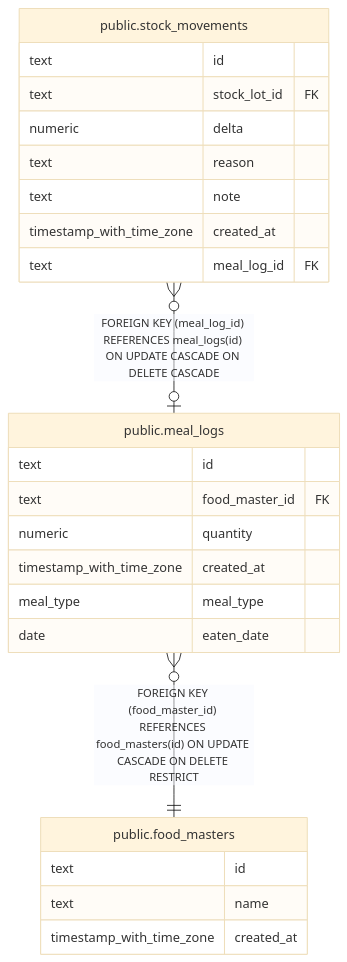
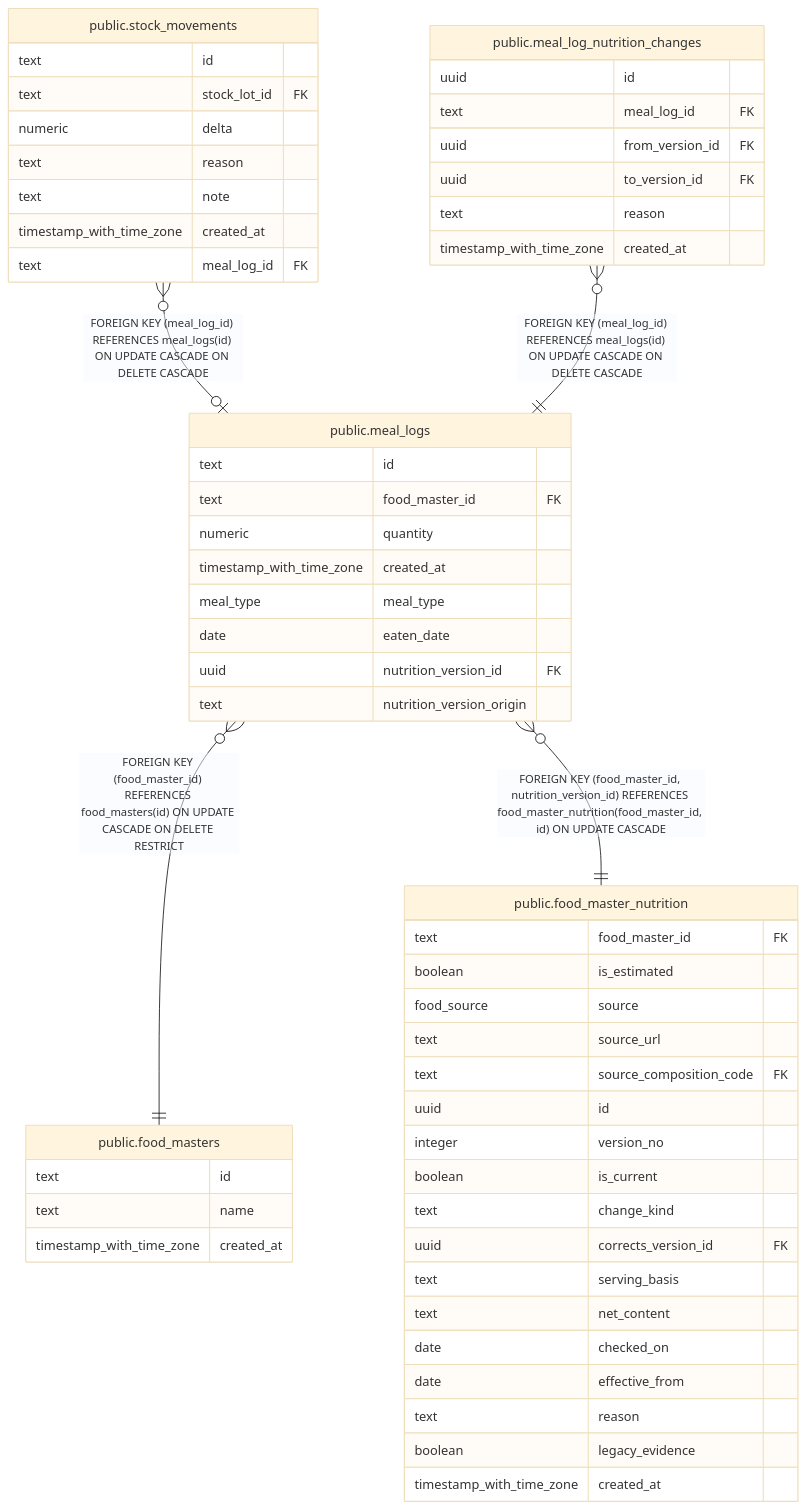
The diagram in server/docs/db/public.meal_logs.md (fohte/meshi), drawn with Mermaid (base theme) before and after one commit. The commit also changed other lines of this file and 51 other files, not shown here.

````diff
--- a/server/docs/db/public.meal_logs.md
+++ b/server/docs/db/public.meal_logs.md
@@ -42,29 +48,60 @@
 ```mermaid
 erDiagram
 
 "public.stock_movements" }o--o| "public.meal_logs" : "FOREIGN KEY (meal_log_id) REFERENCES meal_logs(id) ON UPDATE CASCADE ON DELETE CASCADE"
+"public.meal_log_nutrition_changes" }o--|| "public.meal_logs" : "FOREIGN KEY (meal_log_id) REFERENCES meal_logs(id) ON UPDATE CASCADE ON DELETE CASCADE"
 "public.meal_logs" }o--|| "public.food_masters" : "FOREIGN KEY (food_master_id) REFERENCES food_masters(id) ON UPDATE CASCADE ON DELETE RESTRICT"
+"public.meal_logs" }o--|| "public.food_master_nutrition" : "FOREIGN KEY (food_master_id, nutrition_version_id) REFERENCES food_master_nutrition(food_master_id, id) ON UPDATE CASCADE"
 
 "public.meal_logs" {
   text id
   text food_master_id FK
   numeric quantity
   timestamp_with_time_zone created_at
   meal_type meal_type
   date eaten_date
+  uuid nutrition_version_id FK
+  text nutrition_version_origin
 }
 "public.stock_movements" {
   text id
   text stock_lot_id FK
   numeric delta
   text reason
   text note
   timestamp_with_time_zone created_at
   text meal_log_id FK
 }
+"public.meal_log_nutrition_changes" {
+  uuid id
+  text meal_log_id FK
+  uuid from_version_id FK
+  uuid to_version_id FK
+  text reason
+  timestamp_with_time_zone created_at
+}
 "public.food_masters" {
   text id
   text name
   timestamp_with_time_zone created_at
 }
+"public.food_master_nutrition" {
+  text food_master_id FK
+  boolean is_estimated
+  food_source source
+  text source_url
+  text source_composition_code FK
+  uuid id
+  integer version_no
+  boolean is_current
+  text change_kind
+  uuid corrects_version_id FK
+  text serving_basis
+  text net_content
+  date checked_on
+  date effective_from
+  text reason
+  boolean legacy_evidence
+  timestamp_with_time_zone created_at
+}
 ```
````
